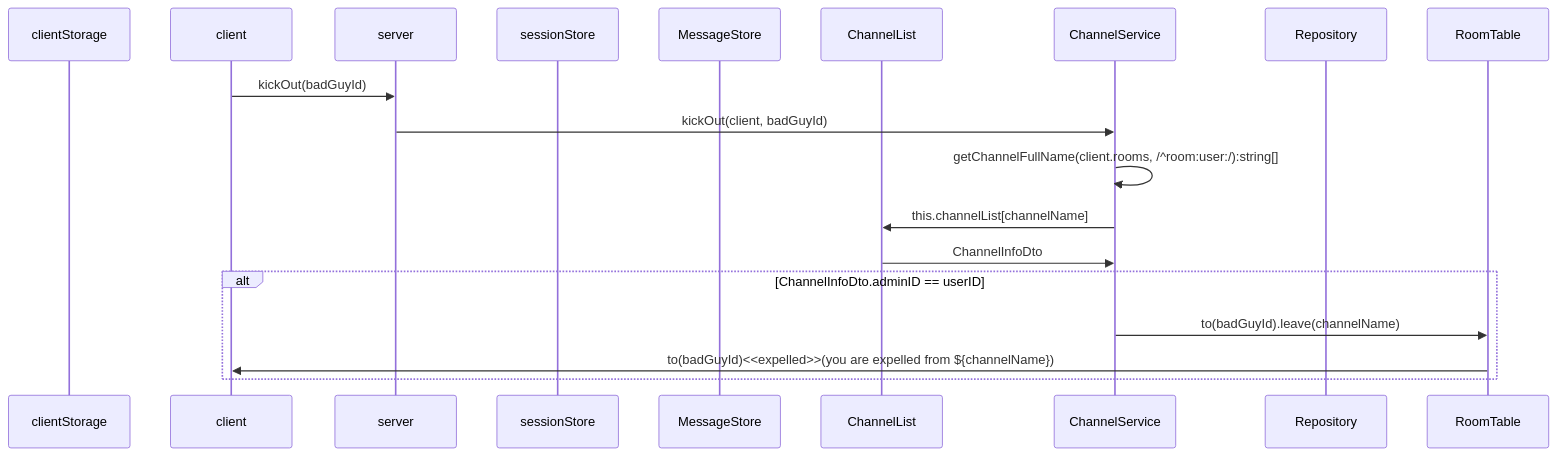
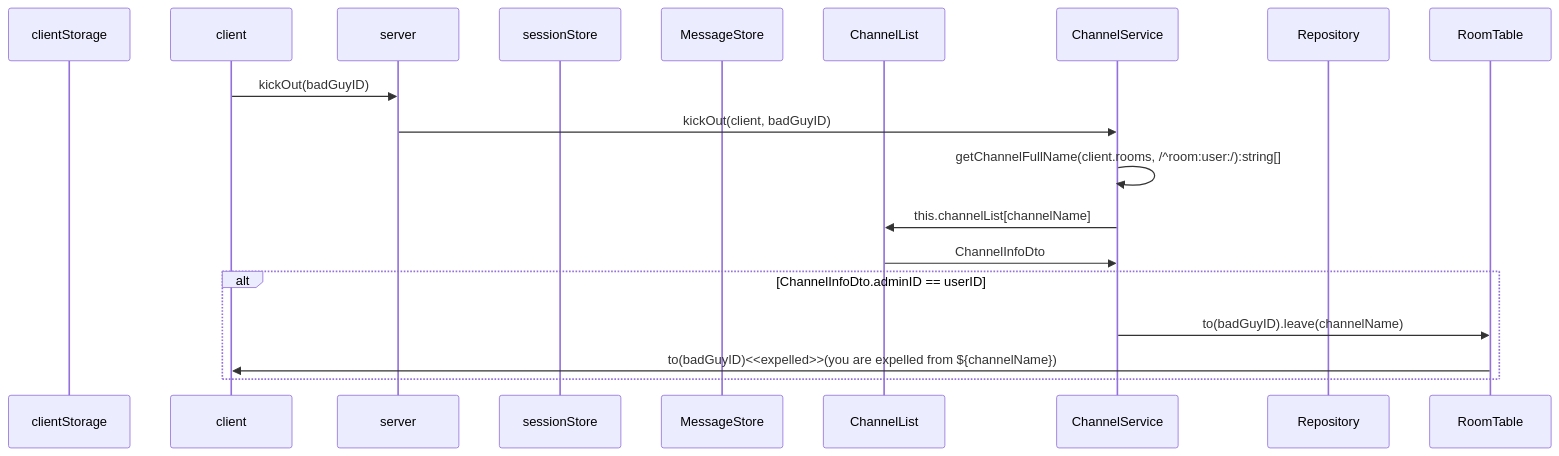
Diagram 11 of 19 in backend/node/app/event.md (mtak0235/simmons_transcendence), drawn with Mermaid before and after one commit. The commit also changed other lines of this file and 7 other files, not shown here.

````diff
--- a/backend/node/app/event.md
+++ b/backend/node/app/event.md
@@ -289,22 +290,22 @@
 ```mermaid
 sequenceDiagram
 participant cls as clientStorage
 participant c as client
 participant ga as server
 participant ss as sessionStore
 participant ms as MessageStore
 participant cns as ChannelList
 participant cs as ChannelService
 participant r as Repository
 participant rt as RoomTable
 
-c->>ga: kickOut(badGuyId)
-ga->>cs: kickOut(client, badGuyId)
+c->>ga: kickOut(badGuyID)
+ga->>cs: kickOut(client, badGuyID)
 cs->>cs: getChannelFullName(client.rooms, /^room:user:/):string[]
 cs->>cns: this.channelList[channelName]
 cns->>cs: ChannelInfoDto
 alt ChannelInfoDto.adminID == userID
-cs->>rt: to(badGuyId).leave(channelName)
-rt->>c: to(badGuyId)<<expelled>>(you are expelled from ${channelName})
+cs->>rt: to(badGuyID).leave(channelName)
+rt->>c: to(badGuyID)<<expelled>>(you are expelled from ${channelName})
 end
 ```
````
